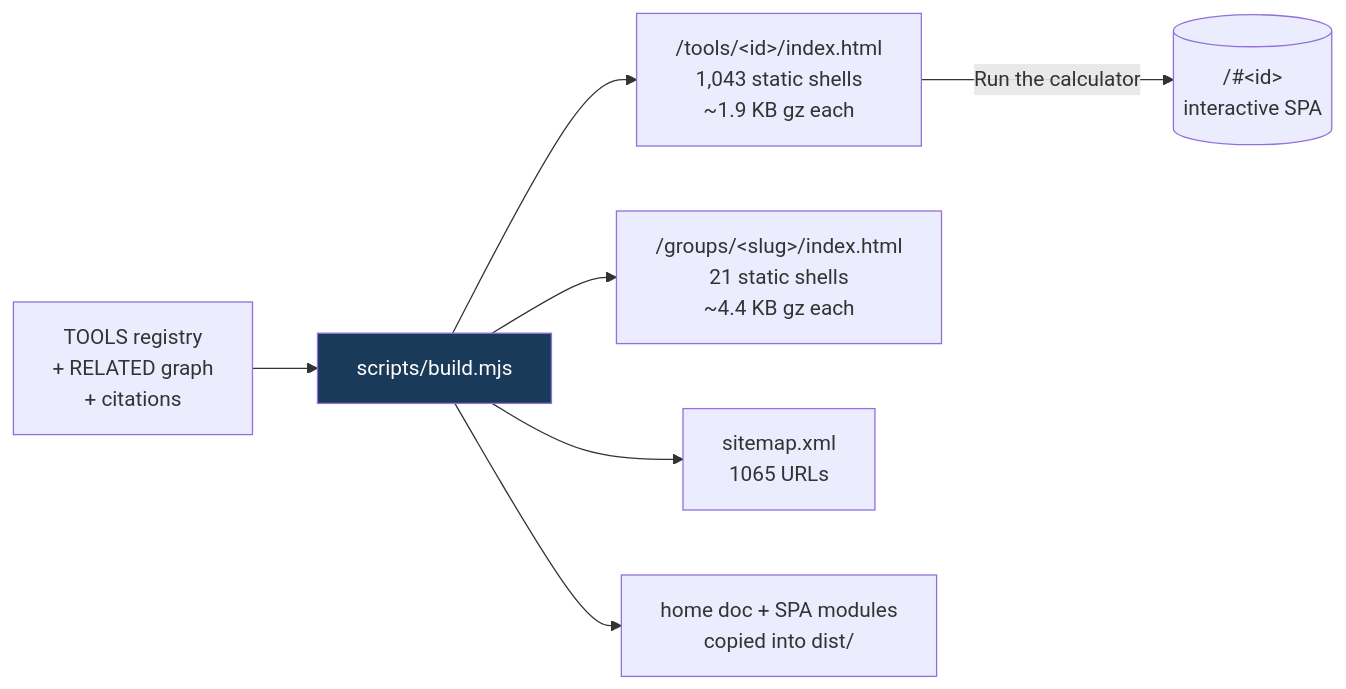
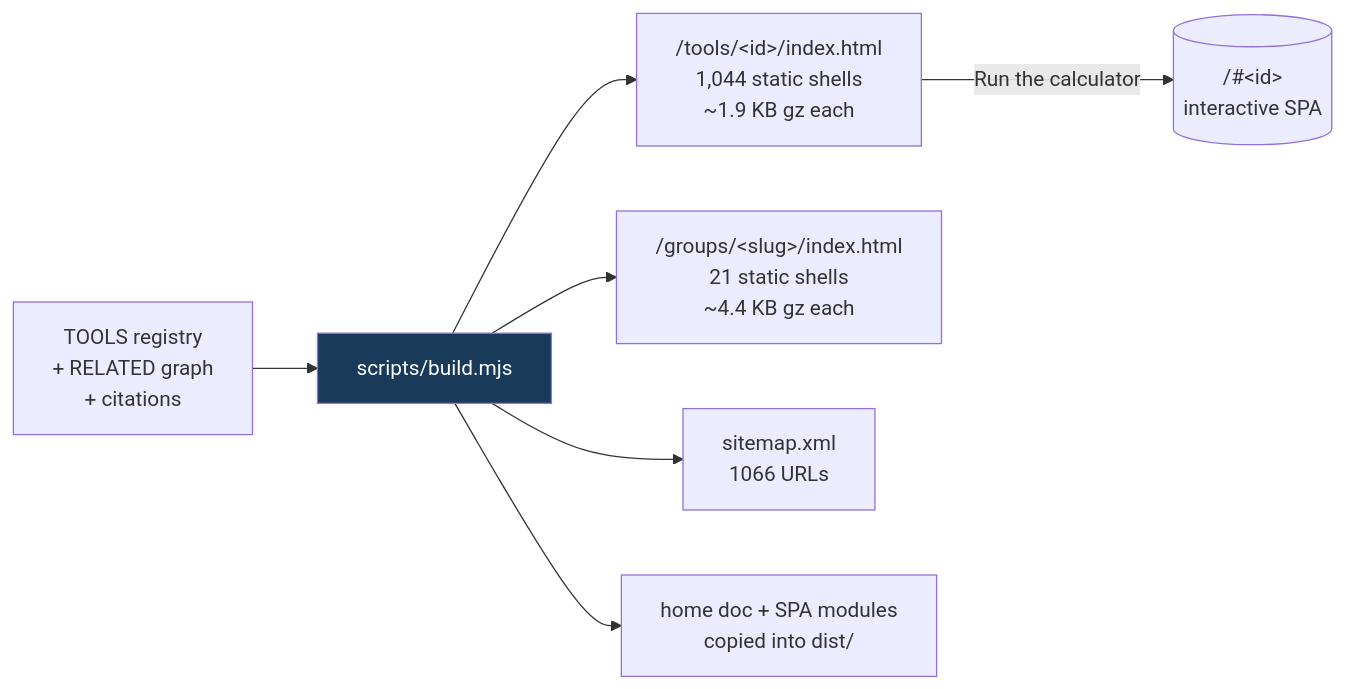
The fifth of 8 diagrams in README.md (clay-good/roughlogic.com), drawn with Mermaid before and after one commit. The commit also changed other lines of this file and 14 other files, not shown here.

````diff
--- a/README.md
+++ b/README.md
@@ -495,10 +495,10 @@
 ```mermaid
 flowchart LR
     SRC[TOOLS registry\n+ RELATED graph\n+ citations] --> BUILD[scripts/build.mjs]
-    BUILD --> TILE["/tools/&lt;id&gt;/index.html\n1,043 static shells\n~1.9 KB gz each"]
+    BUILD --> TILE["/tools/&lt;id&gt;/index.html\n1,044 static shells\n~1.9 KB gz each"]
     BUILD --> GROUP["/groups/&lt;slug&gt;/index.html\n21 static shells\n~4.4 KB gz each"]
-    BUILD --> MAP["sitemap.xml\n1065 URLs"]
+    BUILD --> MAP["sitemap.xml\n1066 URLs"]
     BUILD --> COPY[home doc + SPA modules\ncopied into dist/]
     TILE -->|Run the calculator| SPA[("/#&lt;id&gt;\ninteractive SPA")]
     style BUILD fill:#1a3a5a,color:#fff
 ```
````
